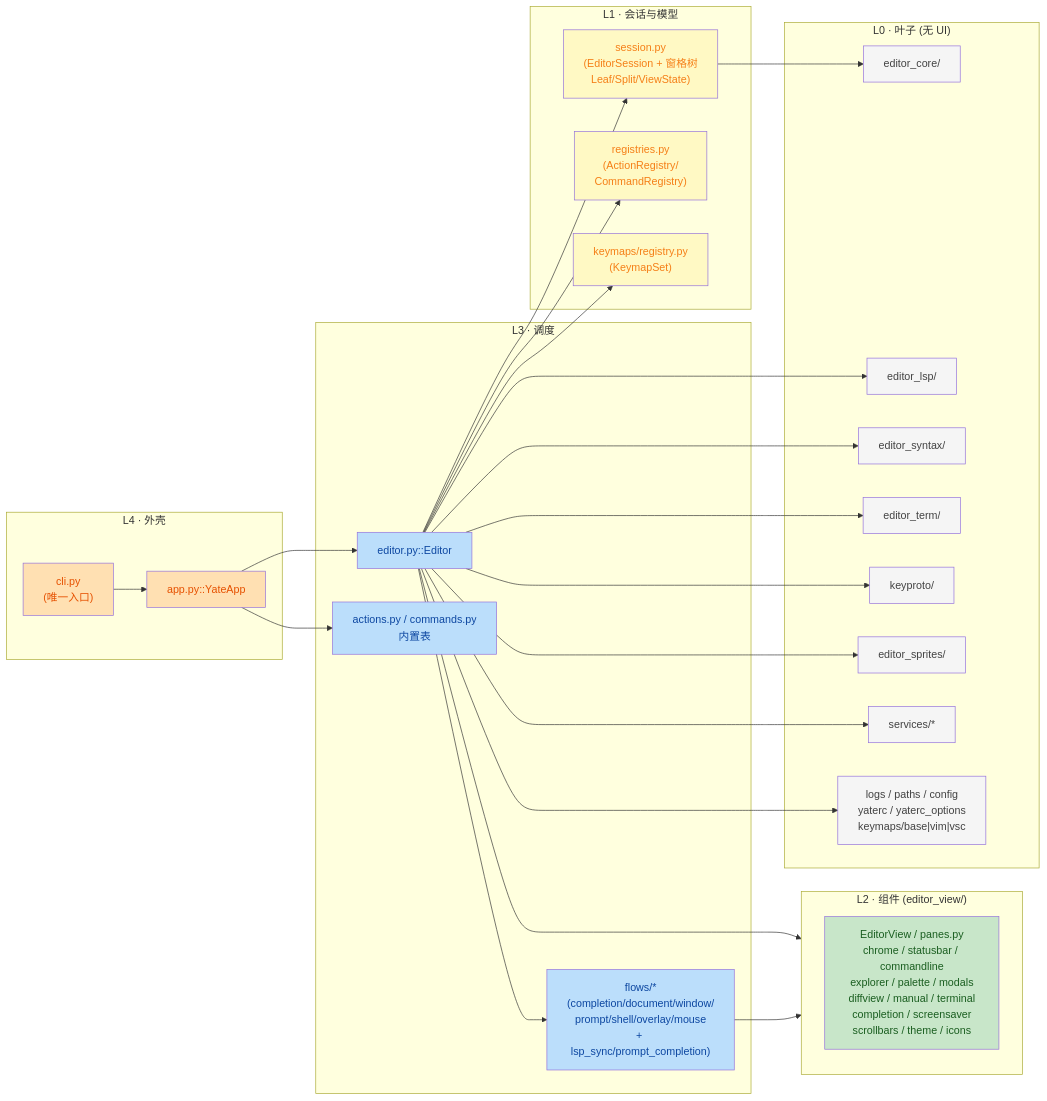
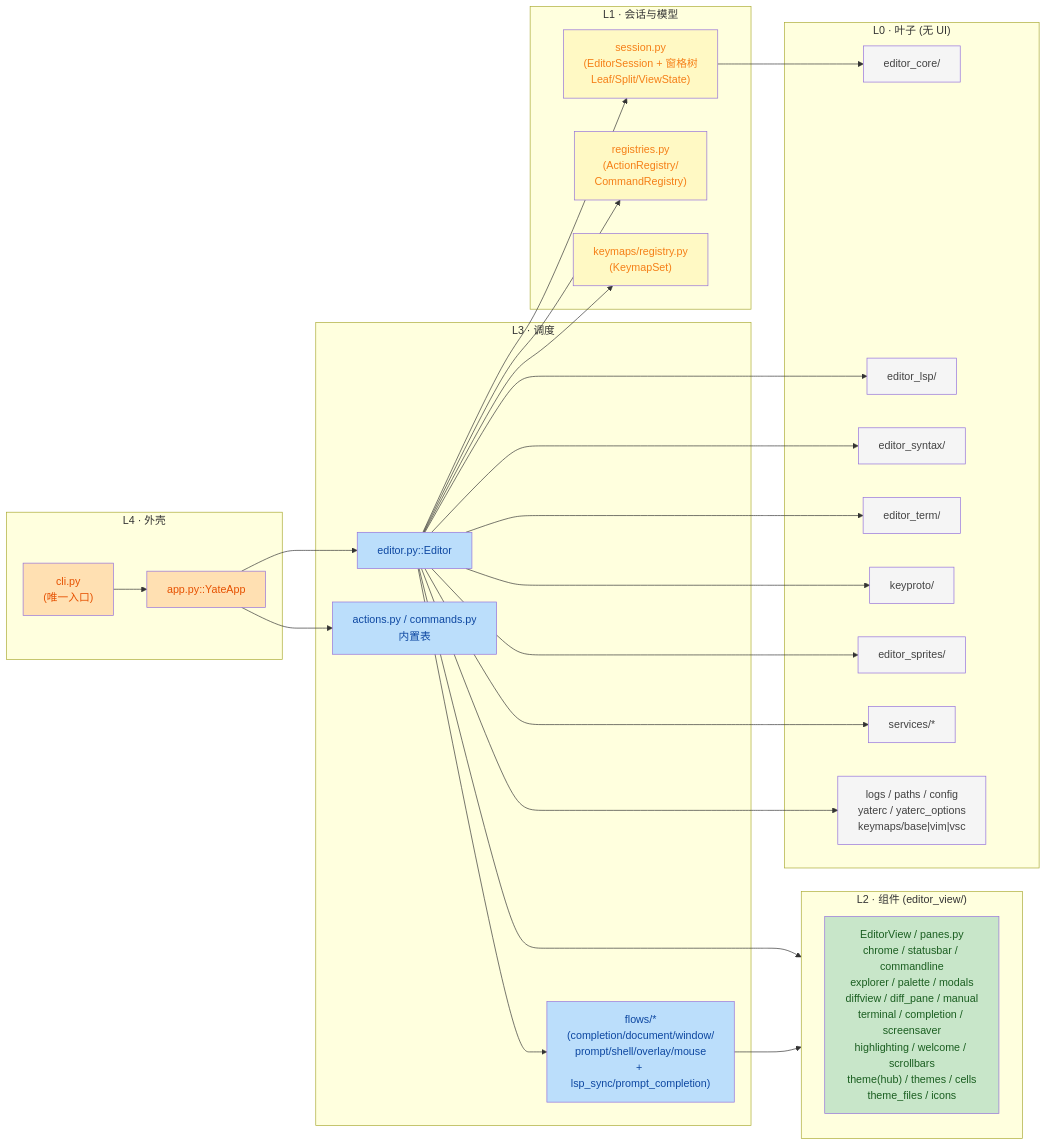
Before and after one commit to BigThxBrigde/yate: the first of 3 diagrams in .trae/wikis/yate-architecture.md, drawn with Mermaid. The commit also changed other lines of this file, not shown here.

First line of the commit message:
docs(wikis): refresh the architecture overview to the current implementation

````diff
--- a/.trae/wikis/yate-architecture.md
+++ b/.trae/wikis/yate-architecture.md
@@ -14,57 +14,57 @@
 ```mermaid
 flowchart LR
     subgraph L4["L4 · 外壳"]
         CLI["cli.py<br/>(唯一入口)"]
         APP["app.py::YateApp"]
     end
     subgraph L3["L3 · 调度"]
         ED["editor.py::Editor"]
         ACT["actions.py / commands.py<br/>内置表"]
         FLOWS["flows/*<br/>(completion/document/window/<br/>prompt/shell/overlay/mouse<br/>+ lsp_sync/prompt_completion)"]
     end
     subgraph L2["L2 · 组件 (editor_view/)"]
-        EV["EditorView / panes.py<br/>chrome / statusbar / commandline<br/>explorer / palette / modals<br/>diffview / manual / terminal<br/>completion / screensaver<br/>scrollbars / theme / icons"]
+        EV["EditorView / panes.py<br/>chrome / statusbar / commandline<br/>explorer / palette / modals<br/>diffview / diff_pane / manual<br/>terminal / completion / screensaver<br/>highlighting / welcome / scrollbars<br/>theme(hub) / themes / cells<br/>theme_files / icons"]
     end
     subgraph L1["L1 · 会话与模型"]
         SES["session.py<br/>(EditorSession + 窗格树<br/>Leaf/Split/ViewState)"]
         REG["registries.py<br/>(ActionRegistry/<br/>CommandRegistry)"]
         KMREG["keymaps/registry.py<br/>(KeymapSet)"]
     end
     subgraph L0["L0 · 叶子 (无 UI)"]
         CORE["editor_core/"]
         LSP["editor_lsp/"]
         SYN["editor_syntax/"]
         TERM["editor_term/"]
         KP["keyproto/"]
         SPR["editor_sprites/"]
         SRV["services/*"]
         MISC["logs / paths / config<br/>yaterc / yaterc_options<br/>keymaps/base|vim|vsc"]
     end
     CLI --> APP
     APP --> ED
     APP --> ACT
     ED --> FLOWS
     ED --> L2
     ED --> SES
     ED --> REG
     ED --> KMREG
     FLOWS --> L2
     SES --> CORE
     ED --> LSP
     ED --> SYN
     ED --> TERM
     ED --> KP
     ED --> SPR
     ED --> SRV
     ED --> MISC
     classDef l4 fill:#ffe0b2,color:#e65100
     classDef l3 fill:#bbdefb,color:#0d47a1
     classDef l2 fill:#c8e6c9,color:#1a5e20
     classDef l1 fill:#fff9c4,color:#f57f17
     classDef l0 fill:#f5f5f5,color:#424242
     class CLI,APP l4
     class ED,ACT,FLOWS l3
     class EV l2
     class SES,REG,KMREG l1
     class CORE,LSP,SYN,TERM,KP,SPR,SRV,MISC l0
 ```
````
